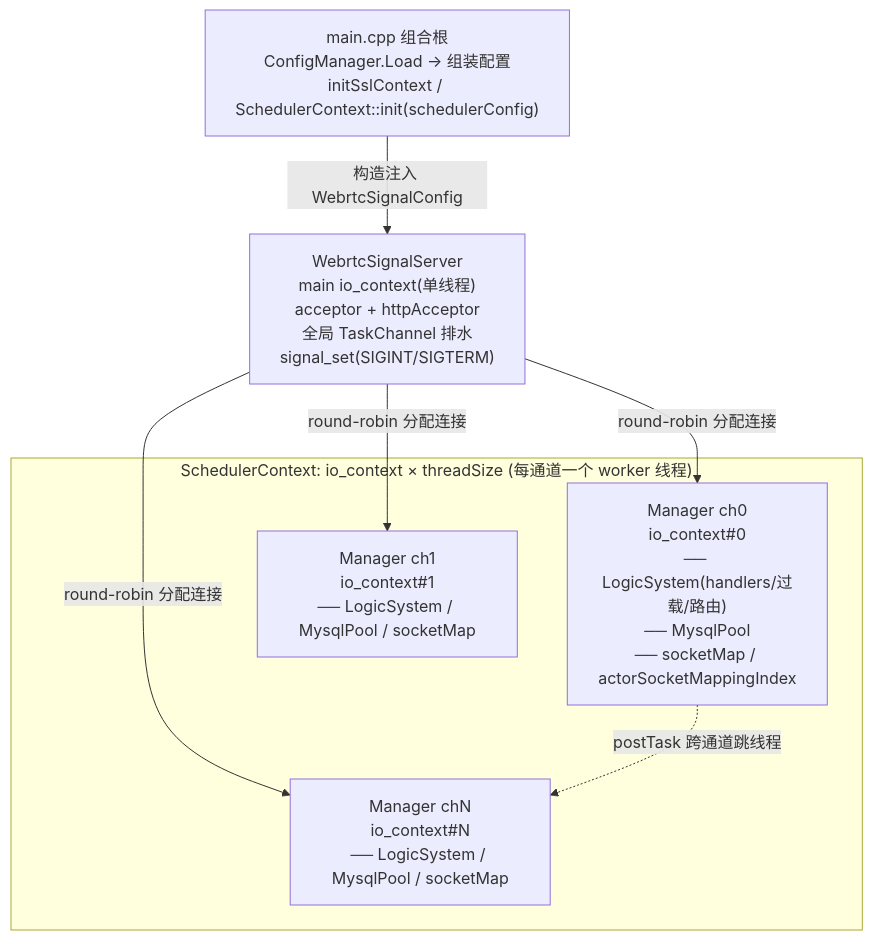
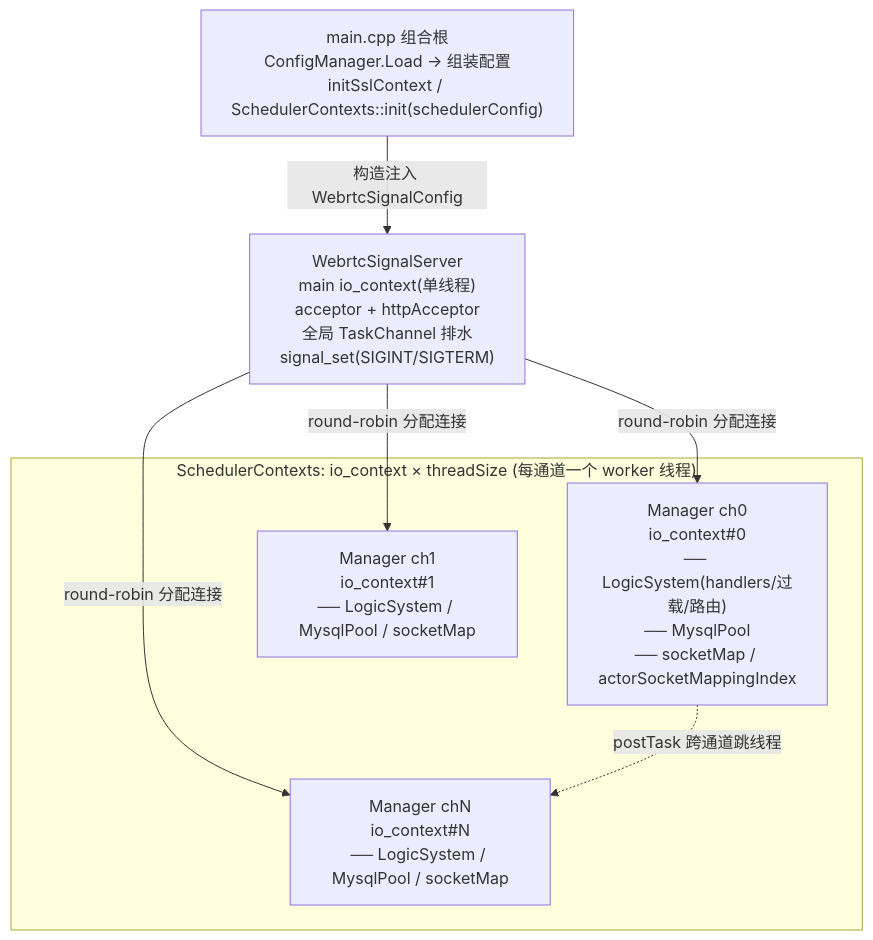
The first of 5 diagrams in WebrtcSignalServer.md (HopeTiga/HopeDesk), drawn with Mermaid before and after one commit. The commit also changed other lines of this file, not shown here.

````diff
--- a/WebrtcSignalServer.md
+++ b/WebrtcSignalServer.md
@@ -89,17 +89,17 @@
 ```mermaid
 flowchart TB
-  main["main.cpp 组合根<br/>ConfigManager.Load → 组装配置<br/>initSslContext / SchedulerContext::init(schedulerConfig)"]
+  main["main.cpp 组合根<br/>ConfigManager.Load → 组装配置<br/>initSslContext / SchedulerContexts::init(schedulerConfig)"]
   server["WebrtcSignalServer<br/>main io_context(单线程)<br/>acceptor + httpAcceptor<br/>全局 TaskChannel 排水<br/>signal_set(SIGINT/SIGTERM)"]
   main -->|"构造注入 WebrtcSignalConfig"| server
 
-  subgraph pool["SchedulerContext: io_context × threadSize (每通道一个 worker 线程)"]
+  subgraph pool["SchedulerContexts: io_context × threadSize (每通道一个 worker 线程)"]
     ch0["Manager ch0<br/>io_context#0<br/>── LogicSystem(handlers/过载/路由)<br/>── MysqlPool<br/>── socketMap / actorSocketMappingIndex"]
     ch1["Manager ch1<br/>io_context#1<br/>── LogicSystem / MysqlPool / socketMap"]
     chN["Manager chN<br/>io_context#N<br/>── LogicSystem / MysqlPool / socketMap"]
   end
 
   server -->|round-robin 分配连接| ch0
   server -->|round-robin 分配连接| ch1
   server -->|round-robin 分配连接| chN
   ch0 -.->|postTask 跨通道跳线程| chN
 ```
````
